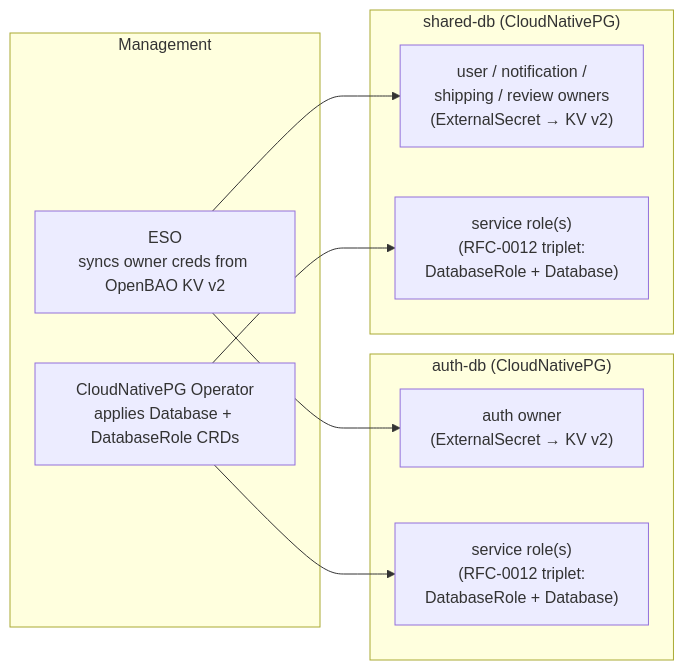
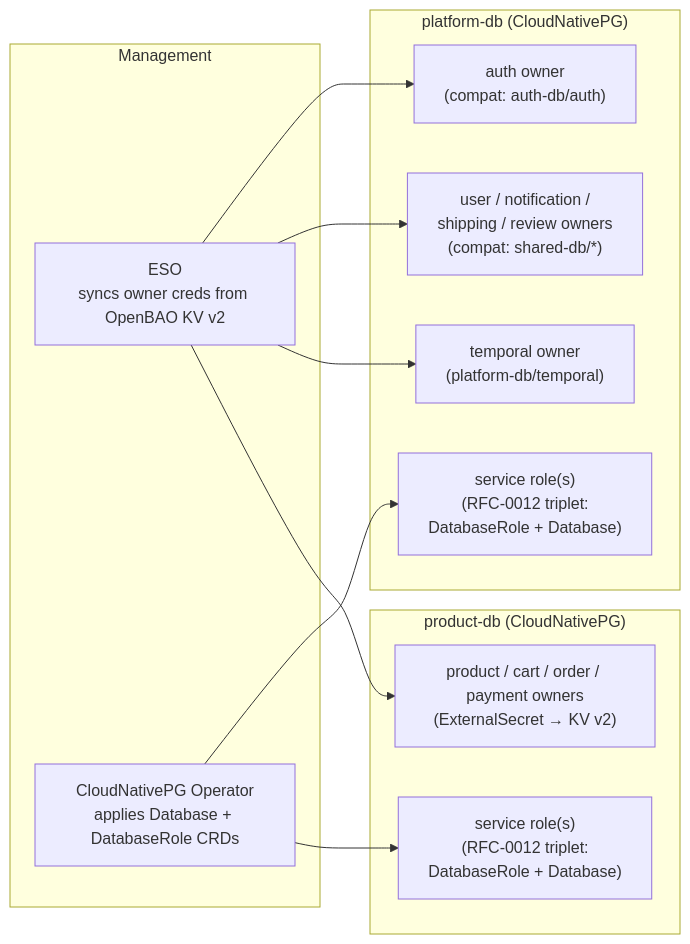
Diagram 12 of 17 in docs/secrets/openbao.md (duynhlab/homelab), drawn with Mermaid before and after one commit. The commit also changed other lines of this file and 147 other files, not shown here.

````diff
--- a/docs/secrets/openbao.md
+++ b/docs/secrets/openbao.md
@@ -566,20 +571,22 @@
 ```mermaid
 flowchart LR
-    subgraph cnpg_auth["auth-db (CloudNativePG)"]
-        a_owner["auth owner\n(ExternalSecret → KV v2)"]
-        a_roles["service role(s)\n(RFC-0012 triplet:\nDatabaseRole + Database)"]
+    subgraph cnpg_platform["platform-db (CloudNativePG)"]
+        p_auth["auth owner\n(compat: auth-db/auth)"]
+        p_shared["user / notification /\nshipping / review owners\n(compat: shared-db/*)"]
+        p_temporal["temporal owner\n(platform-db/temporal)"]
+        p_roles["service role(s)\n(RFC-0012 triplet:\nDatabaseRole + Database)"]
     end
 
-    subgraph cnpg_shared["shared-db (CloudNativePG)"]
-        s_owners["user / notification /\nshipping / review owners\n(ExternalSecret → KV v2)"]
-        s_roles["service role(s)\n(RFC-0012 triplet:\nDatabaseRole + Database)"]
+    subgraph cnpg_product["product-db (CloudNativePG)"]
+        prod_owners["product / cart / order / payment owners\n(ExternalSecret → KV v2)"]
+        prod_roles["service role(s)\n(RFC-0012 triplet:\nDatabaseRole + Database)"]
     end
 
     subgraph management["Management"]
         eso_mgr["ESO\nsyncs owner creds from OpenBAO KV v2"]
         cnpg_op["CloudNativePG Operator\napplies Database + DatabaseRole CRDs"]
     end
 
-    eso_mgr --> a_owner & s_owners
-    cnpg_op --> a_roles & s_roles
+    eso_mgr --> p_auth & p_shared & p_temporal & prod_owners
+    cnpg_op --> p_roles & prod_roles
 ```
````
